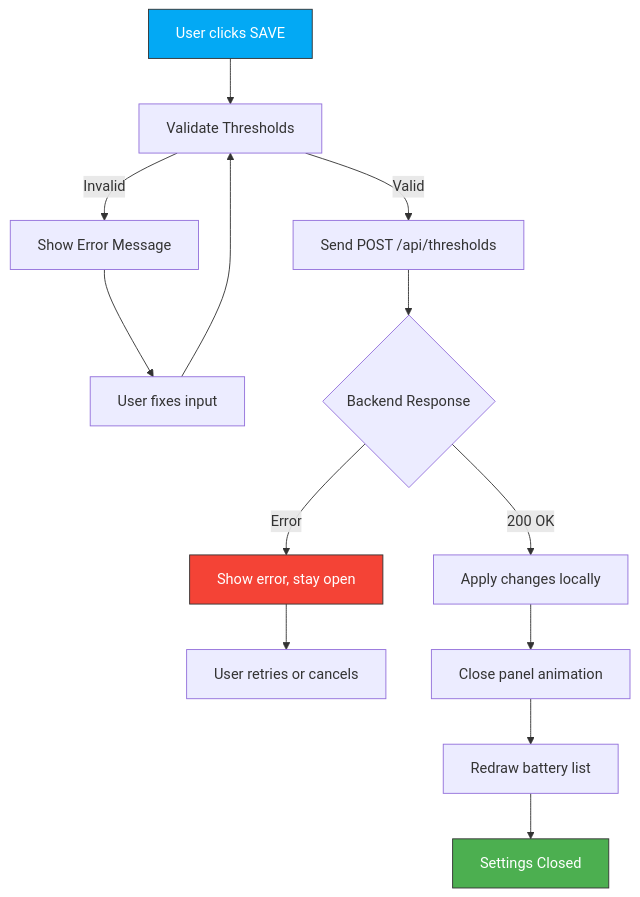
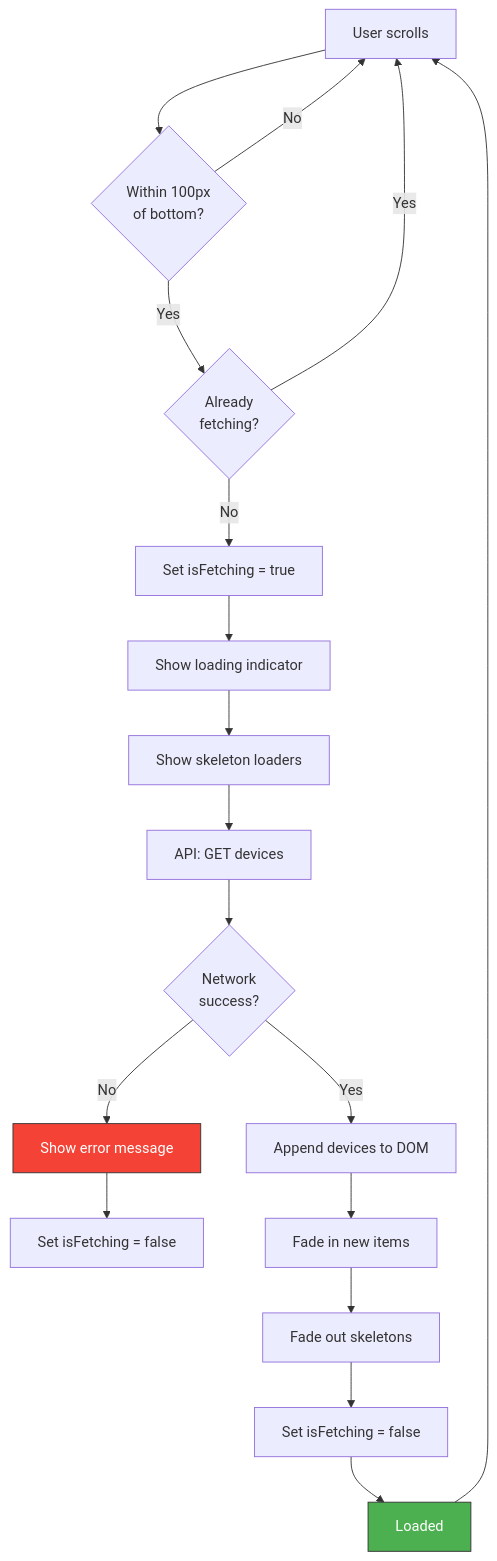
Before and after one commit to declanshanaghy/vulcan-brownout: the second of 5 diagrams in design/interactions.md, drawn with Mermaid. The commit also changed other lines of this file and 19 other files, not shown here.

````diff
--- a/design/interactions.md
+++ b/design/interactions.md
@@ -158,19 +150,23 @@
 ```mermaid
 graph TD
-    A["User clicks SAVE"] --> B["Validate Thresholds"]
-    B -->|Invalid| C["Show Error Message"]
-    C --> D["User fixes input"]
-    D --> B
-    B -->|Valid| E["Send POST /api/thresholds"]
-    E --> F{Backend Response}
-    F -->|200 OK| G["Apply changes locally"]
-    F -->|Error| H["Show error, stay open"]
-    H --> I["User retries or cancels"]
-    G --> J["Close panel animation"]
-    J --> K["Redraw battery list"]
-    K --> L["Settings Closed"]
+    A["User scrolls"] --> B{"Within 100px<br/>of bottom?"}
+    B -->|No| A
+    B -->|Yes| C{"Already<br/>fetching?"}
+    C -->|Yes| A
+    C -->|No| D["Set isFetching = true"]
+    D --> E["Show loading indicator"]
+    E --> F["Show skeleton loaders"]
+    F --> G["API: GET devices"]
+    G --> H{Network<br/>success?}
+    H -->|No| I["Show error message"]
+    I --> J["Set isFetching = false"]
+    H -->|Yes| K["Append devices to DOM"]
+    K --> L["Fade in new items"]
+    L --> M["Fade out skeletons"]
+    M --> N["Set isFetching = false"]
+    N --> O["Loaded"]
+    O --> A
 
-    style A fill:#03A9F4,stroke:#333,color:#fff
-    style L fill:#4CAF50,stroke:#333,color:#fff
-    style H fill:#F44336,stroke:#333,color:#fff
+    style O fill:#4CAF50,stroke:#333,color:#fff
+    style I fill:#F44336,stroke:#333,color:#fff
 ```
````
